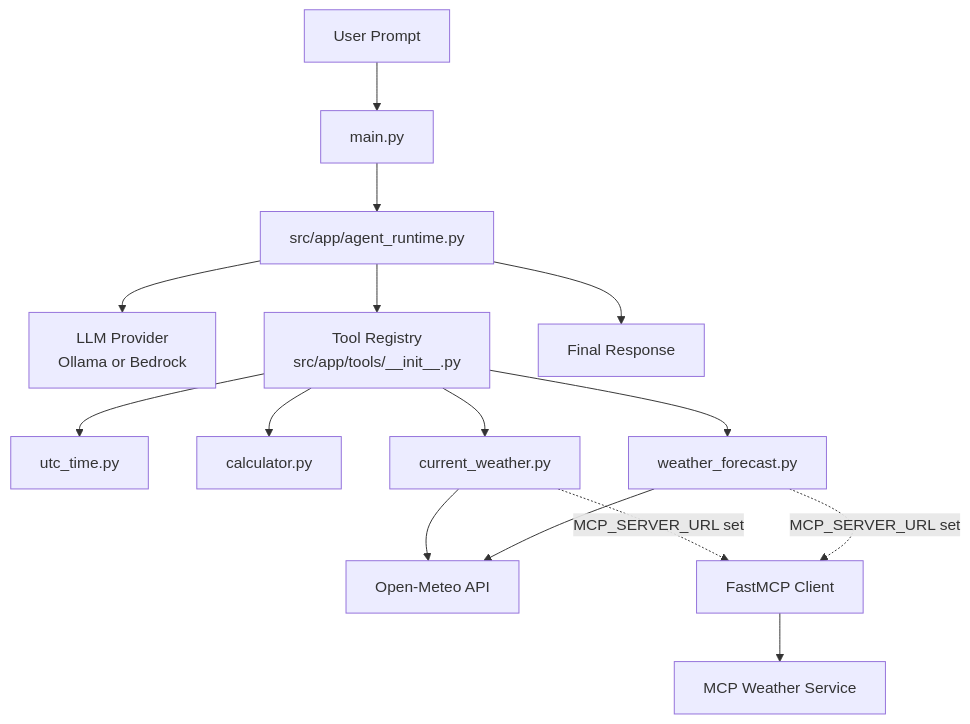
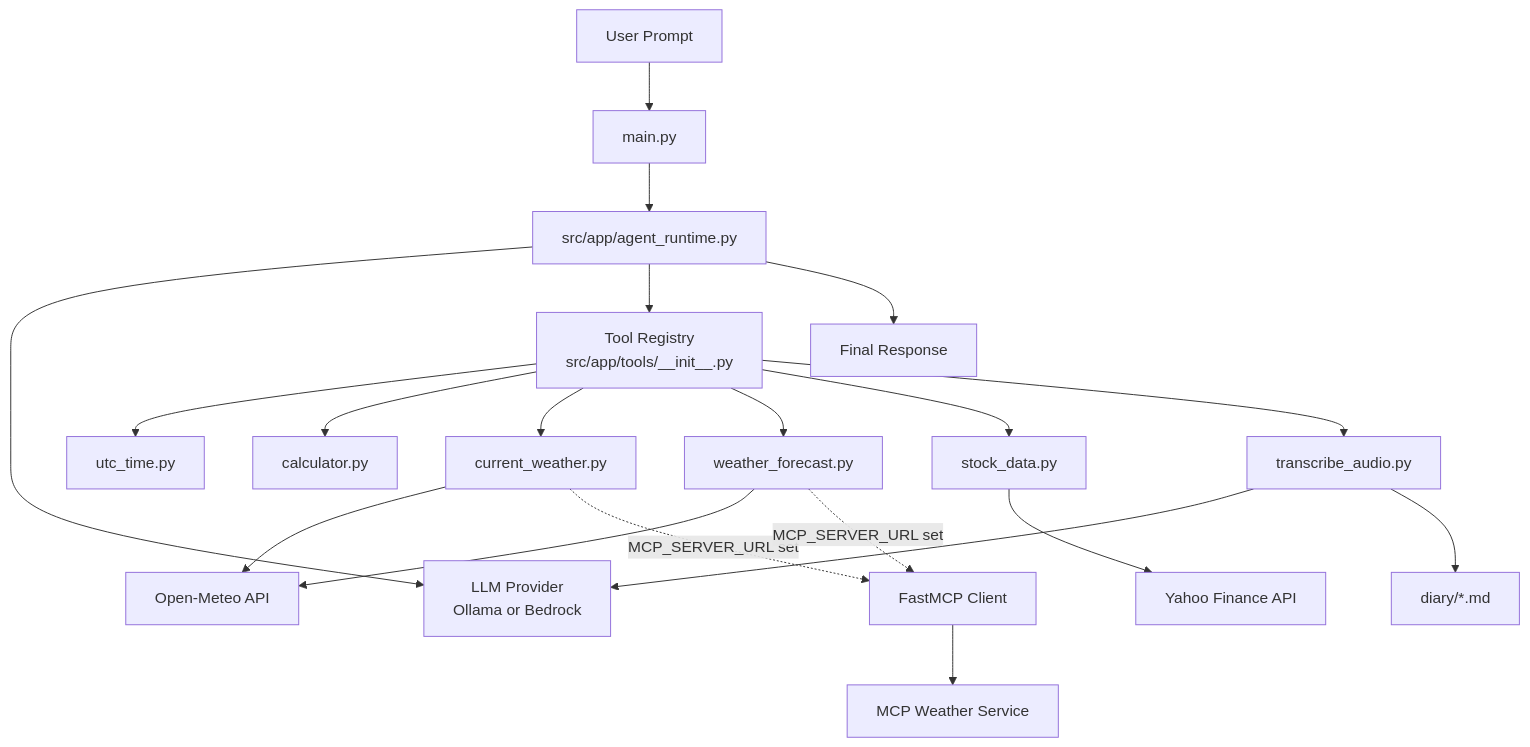
The first of 3 diagrams in README.md (burgerboydaddy/try_langchain), drawn with Mermaid before and after one commit. The commit also changed other lines of this file and 7 other files, not shown here.

````diff
--- a/README.md
+++ b/README.md
@@ -44,17 +49,22 @@
 ```mermaid
 flowchart TD
     U[User Prompt] --> M[main.py]
     M --> AR[src/app/agent_runtime.py]
     AR --> LLM[LLM Provider\nOllama or Bedrock]
     AR --> TR[Tool Registry\nsrc/app/tools/__init__.py]
     TR --> T1[utc_time.py]
     TR --> T2[calculator.py]
     TR --> T3[current_weather.py]
     TR --> T4[weather_forecast.py]
+    TR --> T5[stock_data.py]
+    TR --> T6[transcribe_audio.py]
     T3 --> W1[Open-Meteo API]
     T4 --> W1
+    T5 --> YF[Yahoo Finance API]
+    T6 --> LLM
+    T6 --> D[diary/*.md]
     T3 -. MCP_SERVER_URL set .-> MCP[FastMCP Client]
     T4 -. MCP_SERVER_URL set .-> MCP
     MCP --> MS[MCP Weather Service]
     AR --> R[Final Response]
 ```
````
